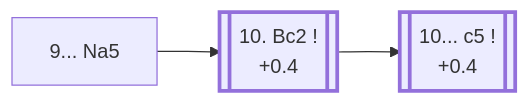
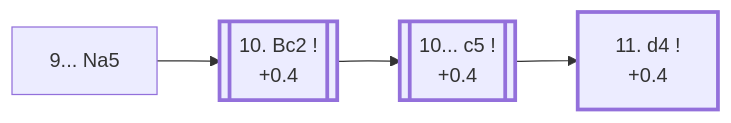
Before and after one commit to onclemarcel/chess_flashcards: the diagram in e4_openings/C97_Ruy_Lopez_Chigorin.md, drawn with Mermaid. The commit also changed other lines of this file and 59 other files, not shown here.

````diff
--- a/e4_openings/C97_Ruy_Lopez_Chigorin.md
+++ b/e4_openings/C97_Ruy_Lopez_Chigorin.md
@@ -12,12 +12,14 @@
 ```mermaid
 flowchart LR
     classDef main stroke-width:3px;
 
     Na5["9... Na5"]
     click Na5 "#_initial_move_" "C97 · Ruy Lopez: Closed, Chigorin Defense"
 
     Na5 --> Bc2[["10. Bc2 !<br/>+0.4"]]:::main
     click Bc2 "#_Bc2_" "C97 · Ruy Lopez: Closed, Chigorin Defense"
     Bc2 --> c5[["10... c5 !<br/>+0.4"]]:::main
     click c5 "#_c5_" "C96 · Ruy Lopez: Closed, Chigorin Defense"
+    c5 --> d4c["11. d4 !<br/>+0.4"]:::main
+    click d4c "#_d4c_" "C96 · Ruy Lopez: Closed, Chigorin Defense"
 ```
````
